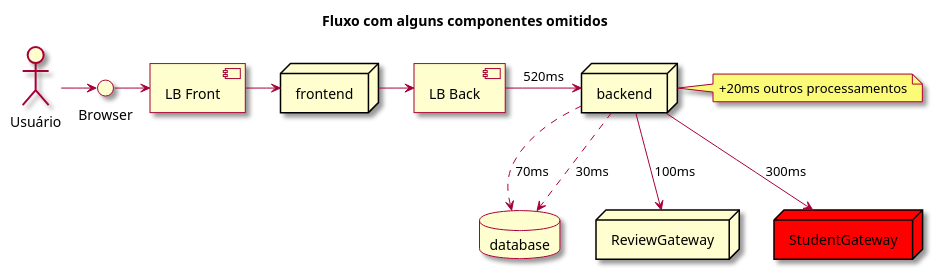
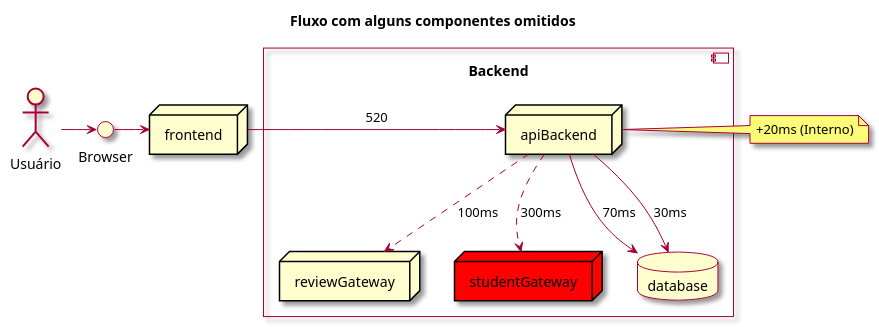
Before and after one commit to charlesardsilva/lecture-cache-content: the diagram in docs/diagrams/request-sem-cdn.plantuml, drawn with PlantUML. The commit also changed 2 other files, not shown here.

```diff
--- a/docs/diagrams/request-sem-cdn.plantuml
+++ b/docs/diagrams/request-sem-cdn.plantuml
@@ -1,28 +1,30 @@
 @startuml
 
 skin rose
 
 Title: Fluxo com alguns componentes omitidos
 
-component "LB Front" as LBF
-component "LB Back" as LBB
 actor "Usuário" as actor
-database database
 interface "Browser" as browser
 node frontend
-node backend
-node reviewGateway as "ReviewGateway"
-node studentGateway as "StudentGateway" #red
 
 actor -> browser
-browser -> LBF
-LBF -> frontend
-frontend -> LBB
-LBB -> backend : 520ms
-note right of backend: +20ms outros processamentos
-backend --> reviewGateway: 100ms
-backend --> studentGateway : 300ms
-backend ..> database: 70ms
-backend ..> database: 30ms
+browser -> frontend
+
+component "Backend\n" {
+
+  node "apiBackend" as backend
+  node reviewGateway as reviewGateway
+  node studentGateway as studentGateway #red
+  database database
+
+  backend --> database: 70ms
+  backend --> database: 30ms
+  backend ..> reviewGateway: 100ms
+  backend ..> studentGateway: 300ms
+}
+
+frontend -> backend: 520
+note right of backend: +20ms (Interno)
 
 @enduml
```
